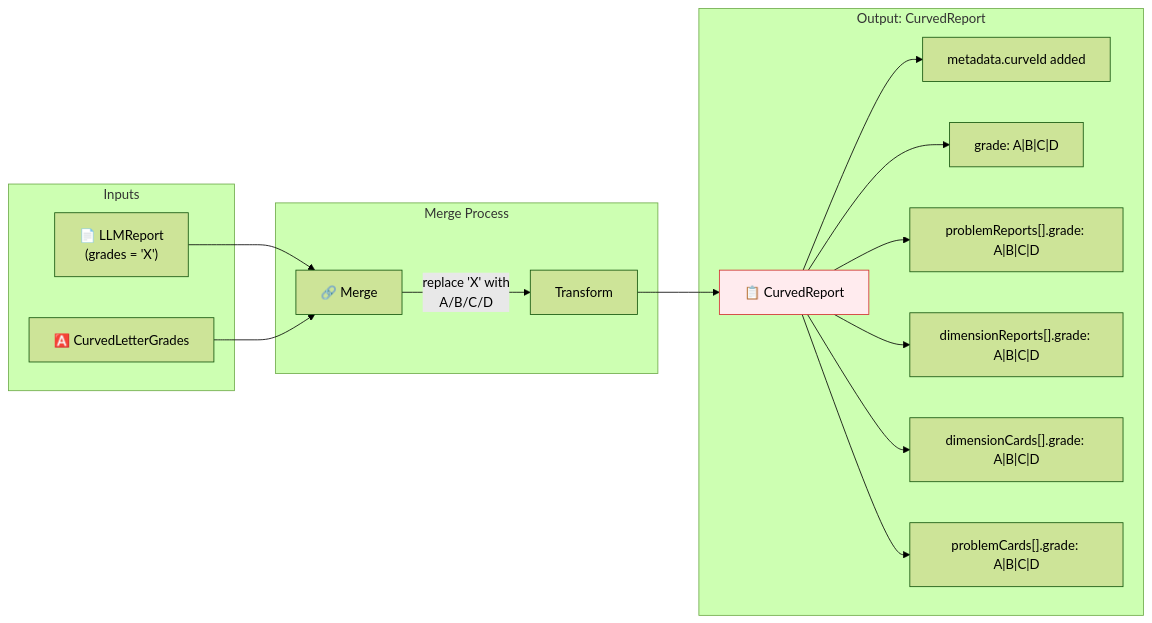
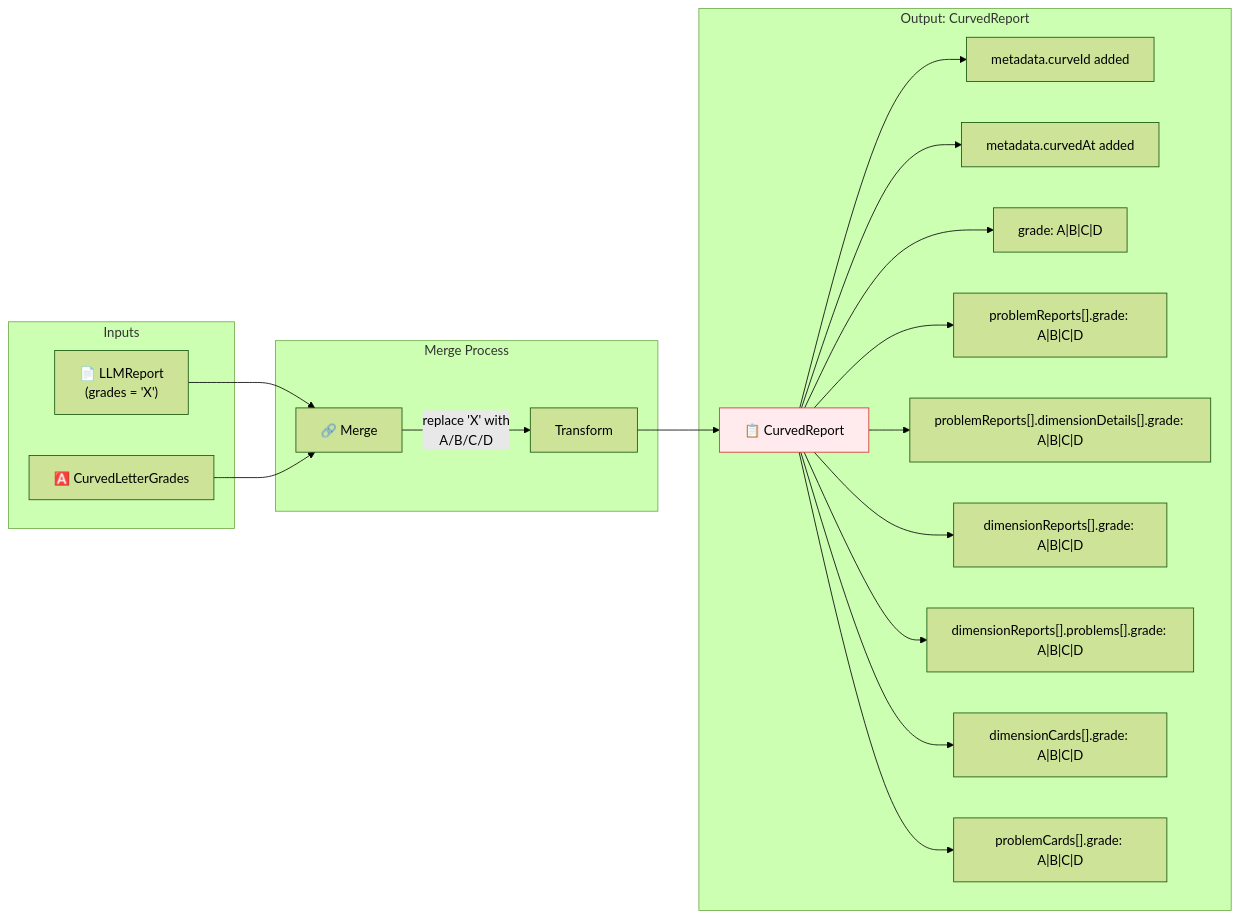
Before and after one commit to paideia-ai/tech-doc-axiia: the ninth of 15 diagrams in score-post-llm-pipeline/schema-v1/pipeline-flow.md, drawn with Mermaid (forest theme). The commit also changed other lines of this file and 3 other files, not shown here.

Commit message:
schema-v1: align JSONScores and grade provenance

````diff
--- a/score-post-llm-pipeline/schema-v1/pipeline-flow.md
+++ b/score-post-llm-pipeline/schema-v1/pipeline-flow.md
@@ -326,25 +344,28 @@
 ```mermaid
 flowchart LR
     subgraph Inputs["Inputs"]
         LLMReport["📄 LLMReport<br/>(grades = 'X')"]
         CLG["🅰️ CurvedLetterGrades"]
     end
 
     subgraph Merge["Merge Process"]
         LLMReport --> M["🔗 Merge"]
         CLG --> M
         M --> |"replace 'X' with<br/>A/B/C/D"| Transform["Transform"]
     end
 
     subgraph Output["Output: CurvedReport"]
         Transform --> CR["📋 CurvedReport"]
         CR --> F1["metadata.curveId added"]
+        CR --> F9["metadata.curvedAt added"]
         CR --> F2["grade: A|B|C|D"]
         CR --> F3["problemReports[].grade: A|B|C|D"]
+        CR --> F7["problemReports[].dimensionDetails[].grade: A|B|C|D"]
         CR --> F4["dimensionReports[].grade: A|B|C|D"]
+        CR --> F8["dimensionReports[].problems[].grade: A|B|C|D"]
         CR --> F5["dimensionCards[].grade: A|B|C|D"]
         CR --> F6["problemCards[].grade: A|B|C|D"]
     end
 
     style CR fill:#ffebee,stroke:#d32f2f
 ```
````
